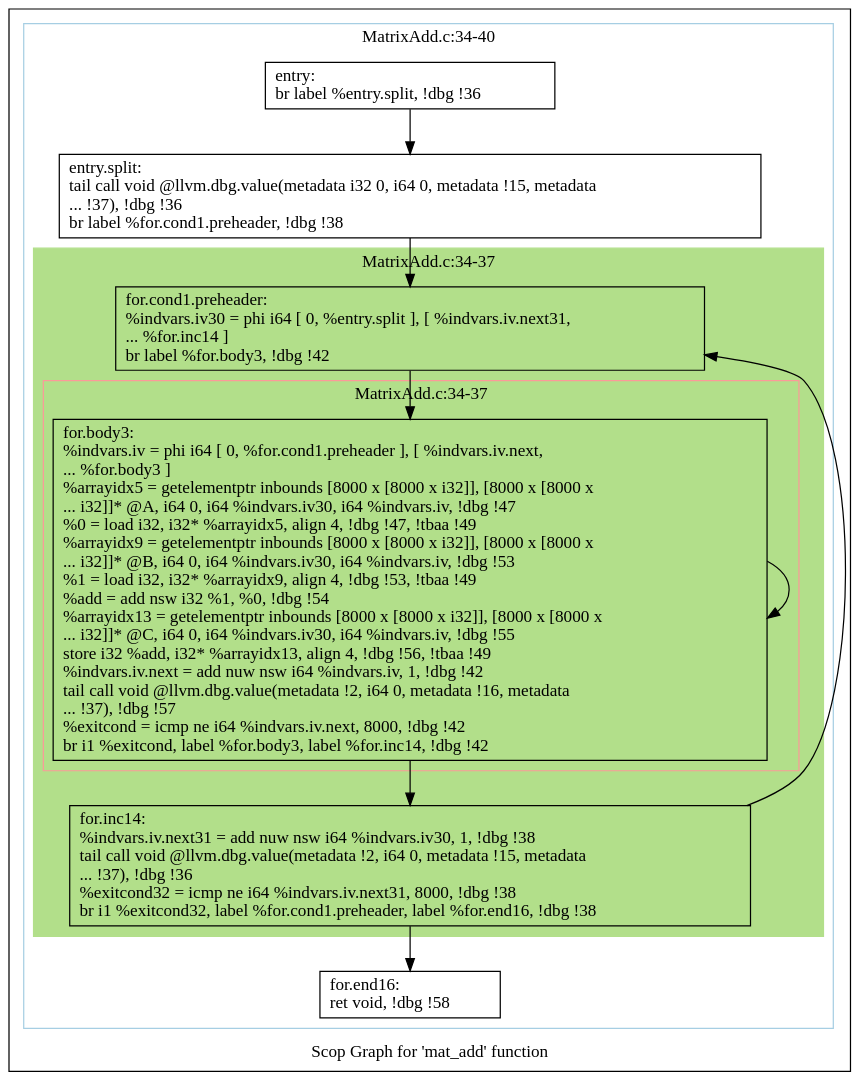
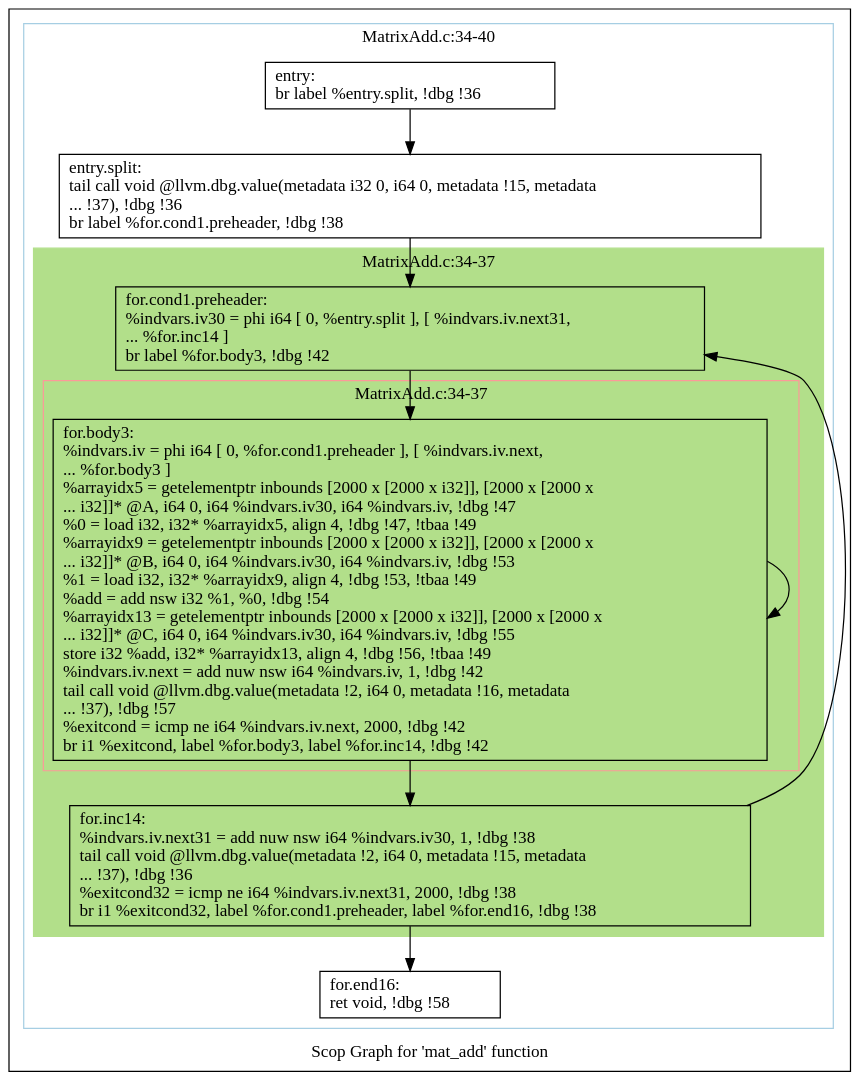
The diagram in polly/MatrixAdd/impl/handwritten/dot/scops.mat_add.dot (samminweng/WhileyOpenCL), drawn with Graphviz before and after one commit. The commit also changed 54 other files, not shown here.

```diff
--- a/polly/MatrixAdd/impl/handwritten/dot/scops.mat_add.dot
+++ b/polly/MatrixAdd/impl/handwritten/dot/scops.mat_add.dot
@@ -1,41 +1,41 @@
 digraph "Scop Graph for 'mat_add' function" {
 	label="Scop Graph for 'mat_add' function";
 
-	Node0xa82e620 [shape=record,label="{entry:\l  br label %entry.split, !dbg !36\l}"];
-	Node0xa82e620 -> Node0xa792490;
-	Node0xa792490 [shape=record,label="{entry.split:                                      \l  tail call void @llvm.dbg.value(metadata i32 0, i64 0, metadata !15, metadata\l... !37), !dbg !36\l  br label %for.cond1.preheader, !dbg !38\l}"];
-	Node0xa792490 -> Node0xa78ee90;
-	Node0xa78ee90 [shape=record,label="{for.cond1.preheader:                              \l  %indvars.iv30 = phi i64 [ 0, %entry.split ], [ %indvars.iv.next31,\l... %for.inc14 ]\l  br label %for.body3, !dbg !42\l}"];
-	Node0xa78ee90 -> Node0xa87a960;
-	Node0xa87a960 [shape=record,label="{for.body3:                                        \l  %indvars.iv = phi i64 [ 0, %for.cond1.preheader ], [ %indvars.iv.next,\l... %for.body3 ]\l  %arrayidx5 = getelementptr inbounds [8000 x [8000 x i32]], [8000 x [8000 x\l... i32]]* @A, i64 0, i64 %indvars.iv30, i64 %indvars.iv, !dbg !47\l  %0 = load i32, i32* %arrayidx5, align 4, !dbg !47, !tbaa !49\l  %arrayidx9 = getelementptr inbounds [8000 x [8000 x i32]], [8000 x [8000 x\l... i32]]* @B, i64 0, i64 %indvars.iv30, i64 %indvars.iv, !dbg !53\l  %1 = load i32, i32* %arrayidx9, align 4, !dbg !53, !tbaa !49\l  %add = add nsw i32 %1, %0, !dbg !54\l  %arrayidx13 = getelementptr inbounds [8000 x [8000 x i32]], [8000 x [8000 x\l... i32]]* @C, i64 0, i64 %indvars.iv30, i64 %indvars.iv, !dbg !55\l  store i32 %add, i32* %arrayidx13, align 4, !dbg !56, !tbaa !49\l  %indvars.iv.next = add nuw nsw i64 %indvars.iv, 1, !dbg !42\l  tail call void @llvm.dbg.value(metadata !2, i64 0, metadata !16, metadata\l... !37), !dbg !57\l  %exitcond = icmp ne i64 %indvars.iv.next, 8000, !dbg !42\l  br i1 %exitcond, label %for.body3, label %for.inc14, !dbg !42\l}"];
-	Node0xa87a960 -> Node0xa87a960[constraint=false];
-	Node0xa87a960 -> Node0xa78f990;
-	Node0xa78f990 [shape=record,label="{for.inc14:                                        \l  %indvars.iv.next31 = add nuw nsw i64 %indvars.iv30, 1, !dbg !38\l  tail call void @llvm.dbg.value(metadata !2, i64 0, metadata !15, metadata\l... !37), !dbg !36\l  %exitcond32 = icmp ne i64 %indvars.iv.next31, 8000, !dbg !38\l  br i1 %exitcond32, label %for.cond1.preheader, label %for.end16, !dbg !38\l}"];
-	Node0xa78f990 -> Node0xa78ee90[constraint=false];
-	Node0xa78f990 -> Node0xa8301a0;
-	Node0xa8301a0 [shape=record,label="{for.end16:                                        \l  ret void, !dbg !58\l}"];
+	Node0x9334c90 [shape=record,label="{entry:\l  br label %entry.split, !dbg !36\l}"];
+	Node0x9334c90 -> Node0x93f7ec0;
+	Node0x93f7ec0 [shape=record,label="{entry.split:                                      \l  tail call void @llvm.dbg.value(metadata i32 0, i64 0, metadata !15, metadata\l... !37), !dbg !36\l  br label %for.cond1.preheader, !dbg !38\l}"];
+	Node0x93f7ec0 -> Node0x9331710;
+	Node0x9331710 [shape=record,label="{for.cond1.preheader:                              \l  %indvars.iv30 = phi i64 [ 0, %entry.split ], [ %indvars.iv.next31,\l... %for.inc14 ]\l  br label %for.body3, !dbg !42\l}"];
+	Node0x9331710 -> Node0x9409f30;
+	Node0x9409f30 [shape=record,label="{for.body3:                                        \l  %indvars.iv = phi i64 [ 0, %for.cond1.preheader ], [ %indvars.iv.next,\l... %for.body3 ]\l  %arrayidx5 = getelementptr inbounds [2000 x [2000 x i32]], [2000 x [2000 x\l... i32]]* @A, i64 0, i64 %indvars.iv30, i64 %indvars.iv, !dbg !47\l  %0 = load i32, i32* %arrayidx5, align 4, !dbg !47, !tbaa !49\l  %arrayidx9 = getelementptr inbounds [2000 x [2000 x i32]], [2000 x [2000 x\l... i32]]* @B, i64 0, i64 %indvars.iv30, i64 %indvars.iv, !dbg !53\l  %1 = load i32, i32* %arrayidx9, align 4, !dbg !53, !tbaa !49\l  %add = add nsw i32 %1, %0, !dbg !54\l  %arrayidx13 = getelementptr inbounds [2000 x [2000 x i32]], [2000 x [2000 x\l... i32]]* @C, i64 0, i64 %indvars.iv30, i64 %indvars.iv, !dbg !55\l  store i32 %add, i32* %arrayidx13, align 4, !dbg !56, !tbaa !49\l  %indvars.iv.next = add nuw nsw i64 %indvars.iv, 1, !dbg !42\l  tail call void @llvm.dbg.value(metadata !2, i64 0, metadata !16, metadata\l... !37), !dbg !57\l  %exitcond = icmp ne i64 %indvars.iv.next, 2000, !dbg !42\l  br i1 %exitcond, label %for.body3, label %for.inc14, !dbg !42\l}"];
+	Node0x9409f30 -> Node0x9409f30[constraint=false];
+	Node0x9409f30 -> Node0x9339540;
+	Node0x9339540 [shape=record,label="{for.inc14:                                        \l  %indvars.iv.next31 = add nuw nsw i64 %indvars.iv30, 1, !dbg !38\l  tail call void @llvm.dbg.value(metadata !2, i64 0, metadata !15, metadata\l... !37), !dbg !36\l  %exitcond32 = icmp ne i64 %indvars.iv.next31, 2000, !dbg !38\l  br i1 %exitcond32, label %for.cond1.preheader, label %for.end16, !dbg !38\l}"];
+	Node0x9339540 -> Node0x9331710[constraint=false];
+	Node0x9339540 -> Node0x9331490;
+	Node0x9331490 [shape=record,label="{for.end16:                                        \l  ret void, !dbg !58\l}"];
 	colorscheme = "paired12"
-        subgraph cluster_0xa792e60 {
+        subgraph cluster_0x9331150 {
           label = "MatrixAdd.c:34-40
 ";
           style = solid;
           color = 1
-          subgraph cluster_0xa795d00 {
+          subgraph cluster_0x93333f0 {
             label = "MatrixAdd.c:34-37
 ";
             style = filled;
-            color = 3            subgraph cluster_0xa86ad30 {
+            color = 3            subgraph cluster_0x9412230 {
               label = "MatrixAdd.c:34-37
 ";
               style = solid;
               color = 5
-              Node0xa87a960;
+              Node0x9409f30;
             }
-            Node0xa78ee90;
-            Node0xa78f990;
+            Node0x9331710;
+            Node0x9339540;
           }
-          Node0xa82e620;
-          Node0xa792490;
-          Node0xa8301a0;
+          Node0x9334c90;
+          Node0x93f7ec0;
+          Node0x9331490;
         }
 }
```
